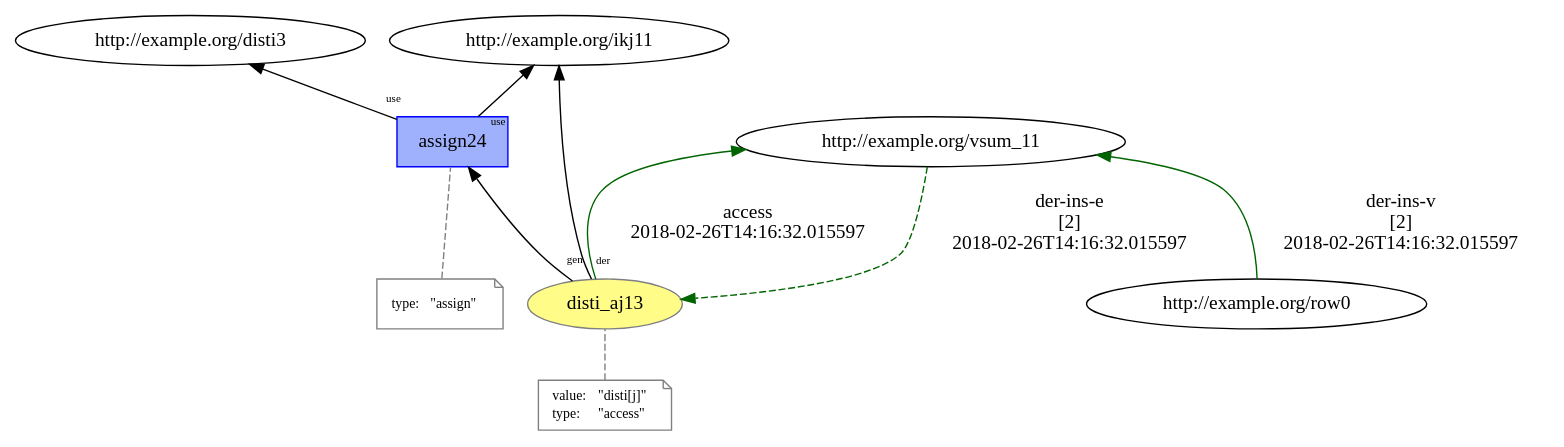
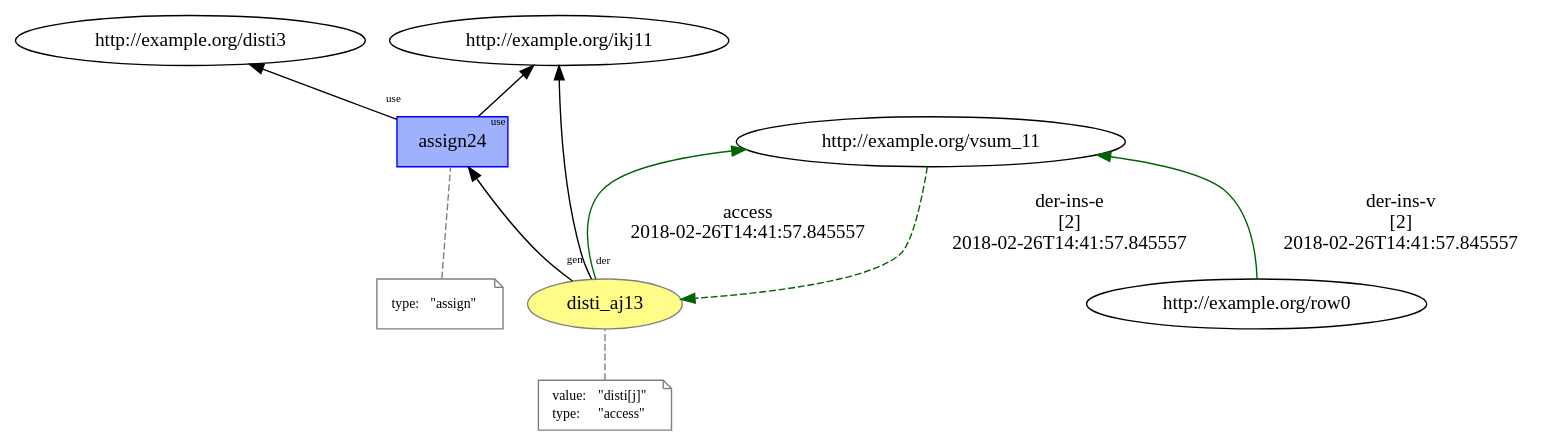
The diagram in mutable_prov/temp/L16__part_assign_with_propagation1.dot (dew-uff/versioned-prov), drawn with Graphviz before and after one commit. The commit also changed 527 other files, not shown here.

```diff
--- a/mutable_prov/temp/L16__part_assign_with_propagation1.dot
+++ b/mutable_prov/temp/L16__part_assign_with_propagation1.dot
@@ -1,34 +1,34 @@
 digraph "PROV" { size="16,12"; rankdir="BT";
 "http://example.org/disti_aj13" [fillcolor="#FFFC87",color="#808080",style="filled",label="disti_aj13",URL="http://example.org/disti_aj13"]
 "-attrs0" [color="gray",shape="note",fontsize="10",fontcolor="black",label=<<TABLE cellpadding="0" border="0">
 	<TR>
 	    <TD align="left">value:</TD>
 	    <TD align="left">&quot;disti[j]&quot;</TD>
 	</TR>
 	<TR>
 	    <TD align="left">type:</TD>
 	    <TD align="left">&quot;access&quot;</TD>
 	</TR>
 </TABLE>>]
 "-attrs0" -> "http://example.org/disti_aj13" [color="gray",style="dashed",arrowhead="none"]
 "http://example.org/row0" -> "http://example.org/vsum_11" [labelfontsize="8",labeldistance="1.5",color="darkgreen",labelangle="60.0",rotation="20",label="der-ins-v
 [2]
-2018-02-26T14:16:32.015597"]
+2018-02-26T14:41:57.845557"]
 "http://example.org/vsum_11" -> "http://example.org/disti_aj13" [labelfontsize="8",labeldistance="1.5",color="darkgreen",labelangle="60.0",rotation="20",label="der-ins-e
 [2]
-2018-02-26T14:16:32.015597",style="dashed"]
+2018-02-26T14:41:57.845557",style="dashed"]
 "http://example.org/disti_aj13" -> "http://example.org/vsum_11" [labelfontsize="8",labeldistance="1.5",color="darkgreen",labelangle="60.0",rotation="20",label="access
-2018-02-26T14:16:32.015597"]
+2018-02-26T14:41:57.845557"]
 "http://example.org/assign24" [fillcolor="#9FB1FC",color="#0000FF",shape="polygon",sides="4",style="filled",label="assign24",URL="http://example.org/assign24"]
 "-attrs1" [color="gray",shape="note",fontsize="10",fontcolor="black",label=<<TABLE cellpadding="0" border="0">
 	<TR>
 	    <TD align="left">type:</TD>
 	    <TD align="left">&quot;assign&quot;</TD>
 	</TR>
 </TABLE>>]
 "-attrs1" -> "http://example.org/assign24" [color="gray",style="dashed",arrowhead="none"]
 "http://example.org/assign24" -> "http://example.org/ikj11" [labelfontsize="8",labeldistance="1.5",labelangle="60.0",rotation="20",taillabel="use"]
 "http://example.org/disti_aj13" -> "http://example.org/ikj11" [labelfontsize="8",labeldistance="1.5",labelangle="60.0",rotation="20",taillabel="der"]
 "http://example.org/disti_aj13" -> "http://example.org/assign24" [labelfontsize="8",labeldistance="1.5",labelangle="60.0",rotation="20",taillabel="gen"]
 "http://example.org/assign24" -> "http://example.org/disti3" [labelfontsize="8",labeldistance="1.5",labelangle="60.0",rotation="20",taillabel="use"]
 }
```
